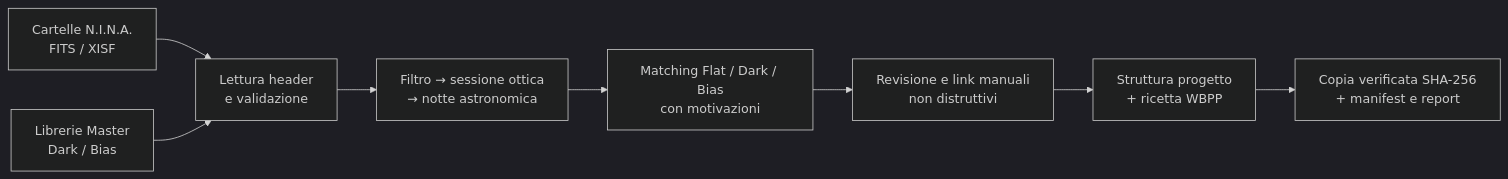
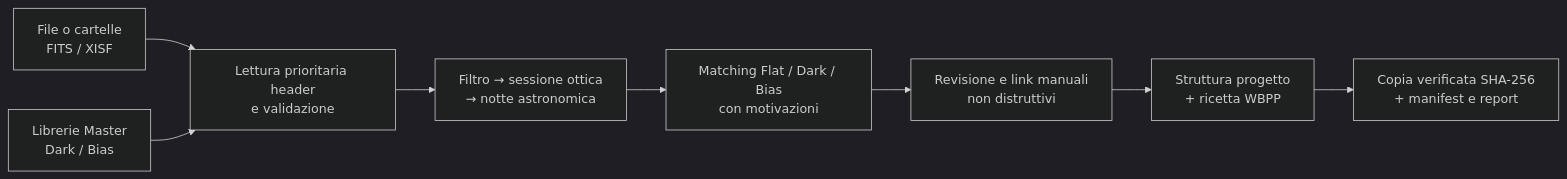
The diagram in docs/README.it.md (astropuzzo/astroproject-forge), drawn with Mermaid (dark theme) before and after one commit. The commit also changed other lines of this file and 7 other files, not shown here.

````diff
--- a/docs/README.it.md
+++ b/docs/README.it.md
@@ -38,10 +38,10 @@
 ```mermaid
 flowchart LR
-    A["Cartelle N.I.N.A.<br/>FITS / XISF"] --> B["Lettura header<br/>e validazione"]
+    A["File o cartelle<br/>FITS / XISF"] --> B["Lettura prioritaria header<br/>e validazione"]
     L["Librerie Master<br/>Dark / Bias"] --> B
     B --> C["Filtro → sessione ottica<br/>→ notte astronomica"]
     C --> D["Matching Flat / Dark / Bias<br/>con motivazioni"]
     D --> E["Revisione e link manuali<br/>non distruttivi"]
     E --> F["Struttura progetto<br/>+ ricetta WBPP"]
     F --> G["Copia verificata SHA-256<br/>+ manifest e report"]
 ```
````
